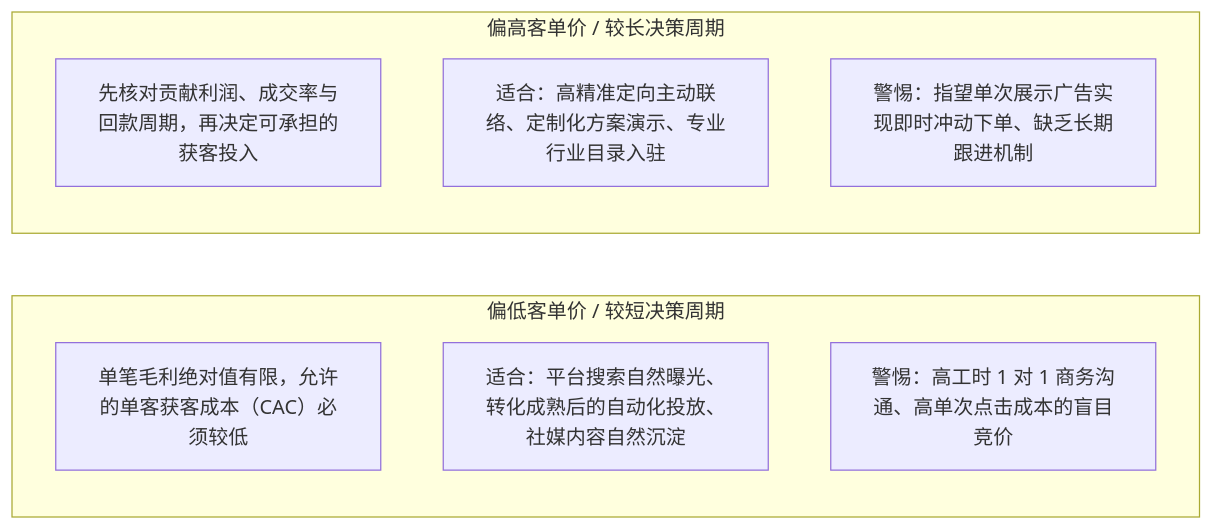
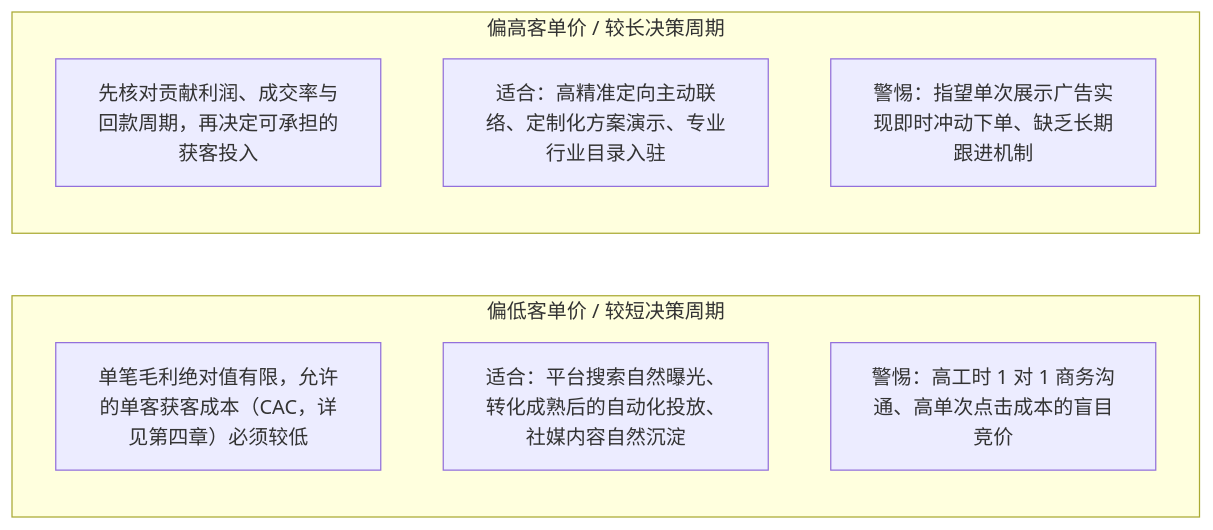
The second of 10 diagrams in cross-border-business/05-acquisition-growth/docs/CHAPTER2_FINAL_SEALED.md (entropy-student/project), drawn with Mermaid before and after one commit. The commit also changed other lines of this file, not shown here.

````diff
--- a/cross-border-business/05-acquisition-growth/docs/CHAPTER2_FINAL_SEALED.md
+++ b/cross-border-business/05-acquisition-growth/docs/CHAPTER2_FINAL_SEALED.md
@@ -76,14 +75,14 @@
 ```mermaid
 graph LR
     subgraph LowTicket["偏低客单价 / 较短决策周期"]
-        L1["单笔毛利绝对值有限，允许的单客获客成本（CAC）必须较低"]
+        L1["单笔毛利绝对值有限，允许的单客获客成本（CAC，详见第四章）必须较低"]
         L2["适合：平台搜索自然曝光、转化成熟后的自动化投放、社媒内容自然沉淀"]
         L3["警惕：高工时 1 对 1 商务沟通、高单次点击成本的盲目竞价"]
     end
 
     subgraph HighTicket["偏高客单价 / 较长决策周期"]
         H1["先核对贡献利润、成交率与回款周期，再决定可承担的获客投入"]
         H2["适合：高精准定向主动联络、定制化方案演示、专业行业目录入驻"]
         H3["警惕：指望单次展示广告实现即时冲动下单、缺乏长期跟进机制"]
     end
 ```
````
